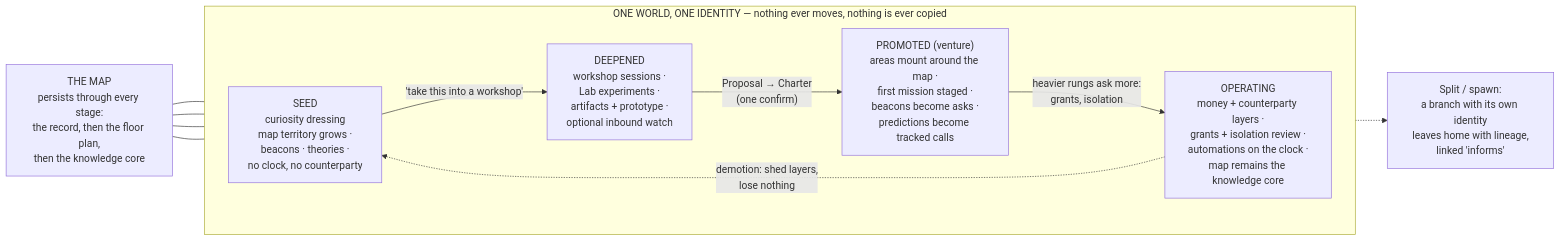
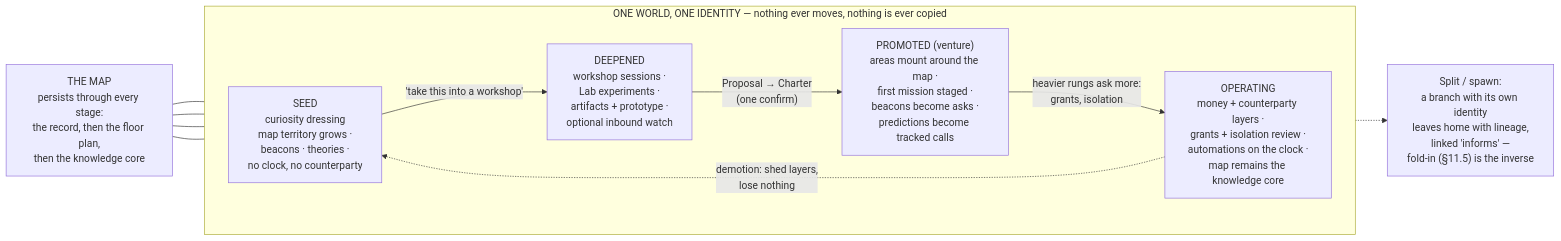
The second of 2 diagrams in docs/experience-architecture/04-explore-and-rabbit-hole.md (Rnocek14/appbuilderpro), drawn with Mermaid before and after one commit. The commit also changed other lines of this file and 14 other files, not shown here.

````diff
--- a/docs/experience-architecture/04-explore-and-rabbit-hole.md
+++ b/docs/experience-architecture/04-explore-and-rabbit-hole.md
@@ -548,23 +610,23 @@
 ```mermaid
 flowchart LR
     subgraph ONE["ONE WORLD, ONE IDENTITY — nothing ever moves, nothing is ever copied"]
         direction LR
         SEED["SEED<br/>curiosity dressing<br/>map territory grows ·<br/>beacons · theories ·<br/>no clock, no counterparty"]
         DEEP["DEEPENED<br/>workshop sessions ·<br/>Lab experiments ·<br/>artifacts + prototype ·<br/>optional inbound watch"]
         PROM["PROMOTED (venture)<br/>areas mount around the map ·<br/>first mission staged ·<br/>beacons become asks ·<br/>predictions become tracked calls"]
         OPER["OPERATING<br/>money + counterparty layers ·<br/>grants + isolation review ·<br/>automations on the clock ·<br/>map remains the knowledge core"]
         SEED -->|"'take this into a workshop'"| DEEP
         DEEP -->|"Proposal → Charter<br/>(one confirm)"| PROM
         PROM -->|"heavier rungs ask more:<br/>grants, isolation"| OPER
         OPER -.->|"demotion: shed layers,<br/>lose nothing"| SEED
     end
 
     MAP["THE MAP<br/>persists through every stage:<br/>the record, then the floor plan,<br/>then the knowledge core"]
     MAP --- SEED
     MAP --- DEEP
     MAP --- PROM
     MAP --- OPER
 
-    SPAWN["Split / spawn:<br/>a branch with its own identity<br/>leaves home with lineage,<br/>linked 'informs'"]
+    SPAWN["Split / spawn:<br/>a branch with its own identity<br/>leaves home with lineage,<br/>linked 'informs' —<br/>fold-in (§11.5) is the inverse"]
     DEEP -.-> SPAWN
 ```
````
